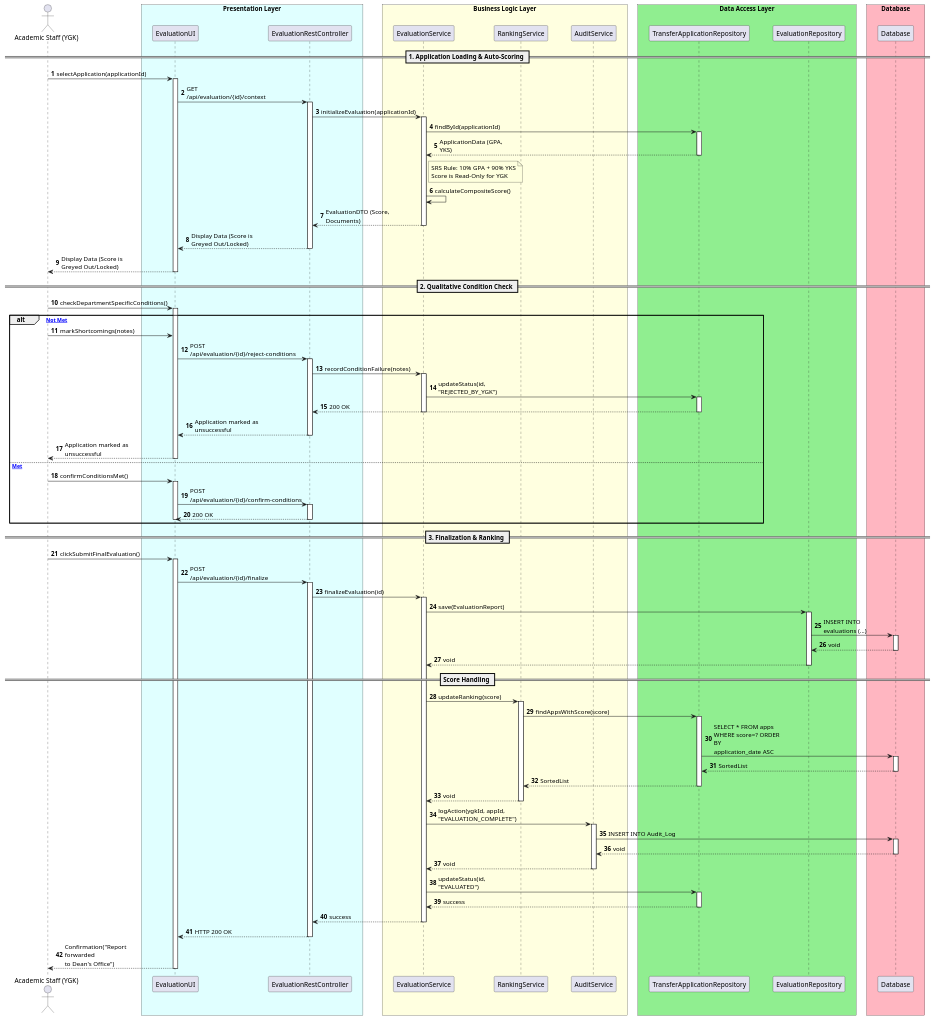
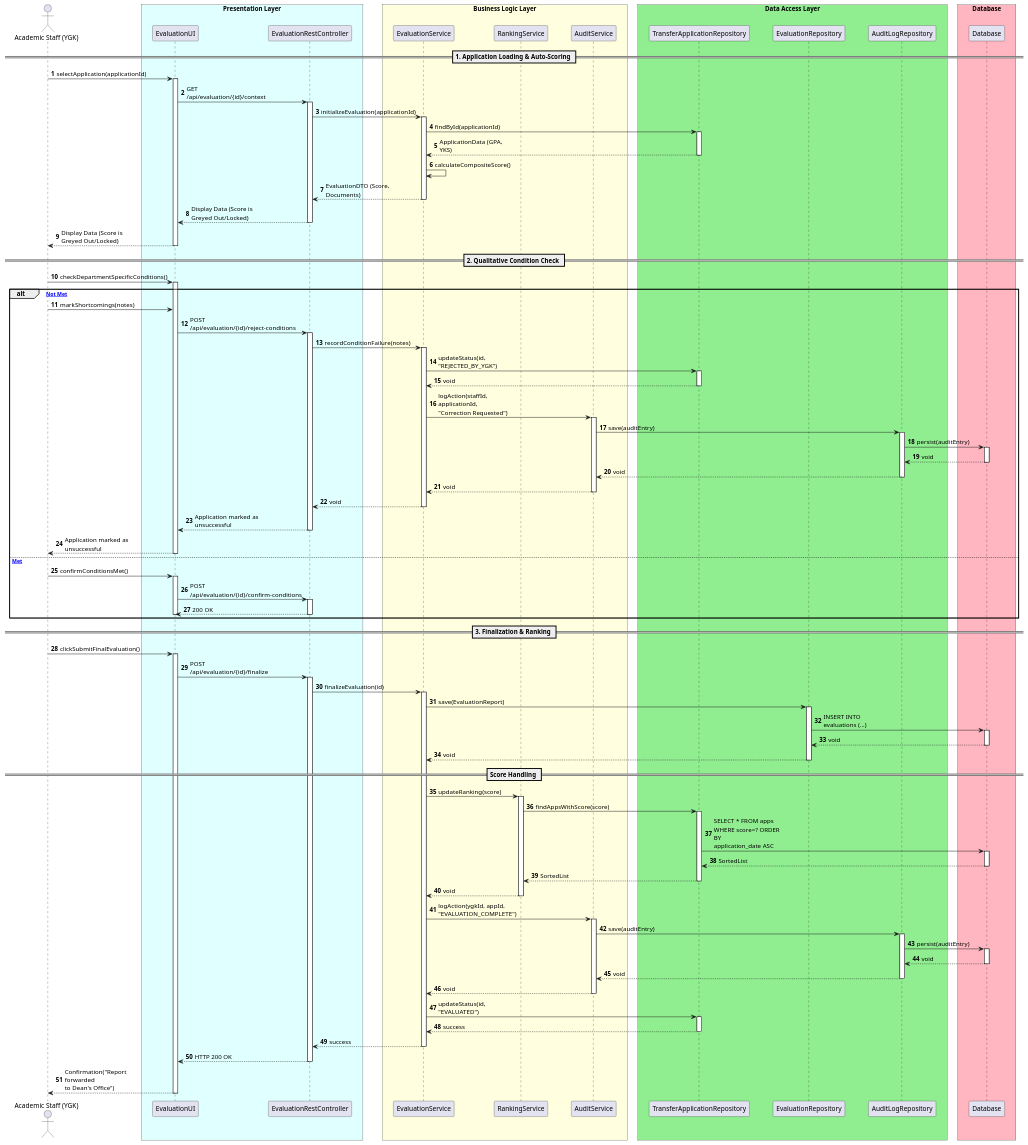
One commit to UTMS-G02/utms changed the diagram in docs/uml/sequence-diagram-UC-8.puml. Above: the diagram before and after it, drawn with PlantUML. The commit also changed 1 other file, not shown here.

Commit message:
uc-8 and uc-9 sequence diagrams updated to reflect the changes in the evaluation process.

```diff
--- a/docs/uml/sequence-diagram-UC-8.puml
+++ b/docs/uml/sequence-diagram-UC-8.puml
@@ -1,163 +1,186 @@
 @startuml scenario-8-ygk-evaluation
 autonumber
 skinparam maxMessageSize 150
 skinparam ParticipantPadding 20
 skinparam BoxPadding 10
 
 actor "Academic Staff (YGK)" as YGK
 
 box "Presentation Layer" #LightCyan
     participant "EvaluationUI" as UI
     participant "EvaluationRestController" as RestController
 end box
 
 box "Business Logic Layer" #LightYellow
     participant "EvaluationService" as EvalService
     participant "RankingService" as RankingService
-    participant "AuditService" as AuditService
+    participant "AuditService" as AuditSvc
 end box
 
 box "Data Access Layer" #LightGreen
     participant "TransferApplicationRepository" as AppRepo
     participant "EvaluationRepository" as EvalRepo
+    participant "AuditLogRepository" as AuditDB
 end box
 
 box "Database" #LightPink
     participant "Database" as DB
 end box
 
 == 1. Application Loading & Auto-Scoring ==
 
 YGK -> UI: selectApplication(applicationId)
 activate UI
 
 UI -> RestController: GET /api/evaluation/{id}/context
 activate RestController
 
 RestController -> EvalService: initializeEvaluation(applicationId)
 activate EvalService
 
 EvalService -> AppRepo: findById(applicationId)
 activate AppRepo
 AppRepo --> EvalService: ApplicationData (GPA, YKS)
 deactivate AppRepo
 
-note right of EvalService
-    SRS Rule: 10% GPA + 90% YKS
-    Score is Read-Only for YGK
-end note
+
 
 EvalService -> EvalService: calculateCompositeScore()
 
 EvalService --> RestController: EvaluationDTO (Score, Documents)
 deactivate EvalService
 
 RestController --> UI: Display Data (Score is\nGreyed Out/Locked)
 deactivate RestController
 
 UI --> YGK: Display Data (Score is\nGreyed Out/Locked)
 deactivate UI
 
 == 2. Qualitative Condition Check ==
 
 YGK -> UI: checkDepartmentSpecificConditions()
 activate UI
 
 alt [Conditions Not Met]
 
     YGK -> UI: markShortcomings(notes)
 
     UI -> RestController: POST /api/evaluation/{id}/reject-conditions
     activate RestController
 
     RestController -> EvalService: recordConditionFailure(notes)
     activate EvalService
 
     EvalService -> AppRepo: updateStatus(id, "REJECTED_BY_YGK")
     activate AppRepo
-    AppRepo --> RestController: 200 OK
+    AppRepo --> EvalService: void
     deactivate AppRepo
+
+    EvalService -> AuditSvc: logAction(staffId, applicationId,\n"Correction Requested")
+    activate AuditSvc
+
+    AuditSvc -> AuditDB: save(auditEntry)
+    activate AuditDB
+
+    AuditDB -> DB: persist(auditEntry)
+    activate DB
+    DB --> AuditDB: void
+    deactivate DB
+
+    AuditDB --> AuditSvc: void
+    deactivate AuditDB
+
+    AuditSvc --> EvalService: void
+    deactivate AuditSvc
+
+    EvalService --> RestController: void
     deactivate EvalService
 
     RestController --> UI: Application marked as unsuccessful
     deactivate RestController
 
     UI --> YGK: Application marked as unsuccessful
     deactivate UI
 
 else [Conditions Met]
 
     YGK -> UI: confirmConditionsMet()
     activate UI
 
     UI -> RestController: POST /api/evaluation/{id}/confirm-conditions
     activate RestController
 
     RestController --> UI: 200 OK
     deactivate RestController
 
     deactivate UI
 
 end
 
 == 3. Finalization & Ranking ==
 
 YGK -> UI: clickSubmitFinalEvaluation()
 activate UI
 
 UI -> RestController: POST /api/evaluation/{id}/finalize
 activate RestController
 
 RestController -> EvalService: finalizeEvaluation(id)
 activate EvalService
 
 EvalService -> EvalRepo: save(EvaluationReport)
 activate EvalRepo
 EvalRepo -> DB: INSERT INTO evaluations (...)
 activate DB
 DB --> EvalRepo: void
 deactivate DB
 EvalRepo --> EvalService: void
 deactivate EvalRepo
 
 == Score Handling ==
 
 EvalService -> RankingService: updateRanking(score)
 activate RankingService
 
 RankingService -> AppRepo: findAppsWithScore(score)
 activate AppRepo
 AppRepo -> DB: SELECT * FROM apps\nWHERE score=? ORDER BY\napplication_date ASC
 activate DB
 DB --> AppRepo: SortedList
 deactivate DB
 AppRepo --> RankingService: SortedList
 deactivate AppRepo
 
 RankingService --> EvalService: void
 deactivate RankingService
 
-EvalService -> AuditService: logAction(ygkId, appId,\n"EVALUATION_COMPLETE")
-activate AuditService
-AuditService -> DB: INSERT INTO Audit_Log
+EvalService -> AuditSvc: logAction(ygkId, appId,\n"EVALUATION_COMPLETE")
+activate AuditSvc
+
+AuditSvc -> AuditDB: save(auditEntry)
+activate AuditDB
+AuditDB -> DB: persist(auditEntry)
 activate DB
-DB --> AuditService: void
+DB --> AuditDB: void
 deactivate DB
-AuditService --> EvalService: void
-deactivate AuditService
+AuditDB --> AuditSvc: void
+deactivate AuditDB
+
+AuditSvc --> EvalService: void
+deactivate AuditSvc
 
 EvalService -> AppRepo: updateStatus(id, "EVALUATED")
 activate AppRepo
 AppRepo --> EvalService: success
 deactivate AppRepo
 
 EvalService --> RestController: success
 deactivate EvalService
 
 RestController --> UI: HTTP 200 OK
 deactivate RestController
 
 UI --> YGK: Confirmation("Report forwarded\nto Dean's Office")
 deactivate UI
 
 @enduml
```
